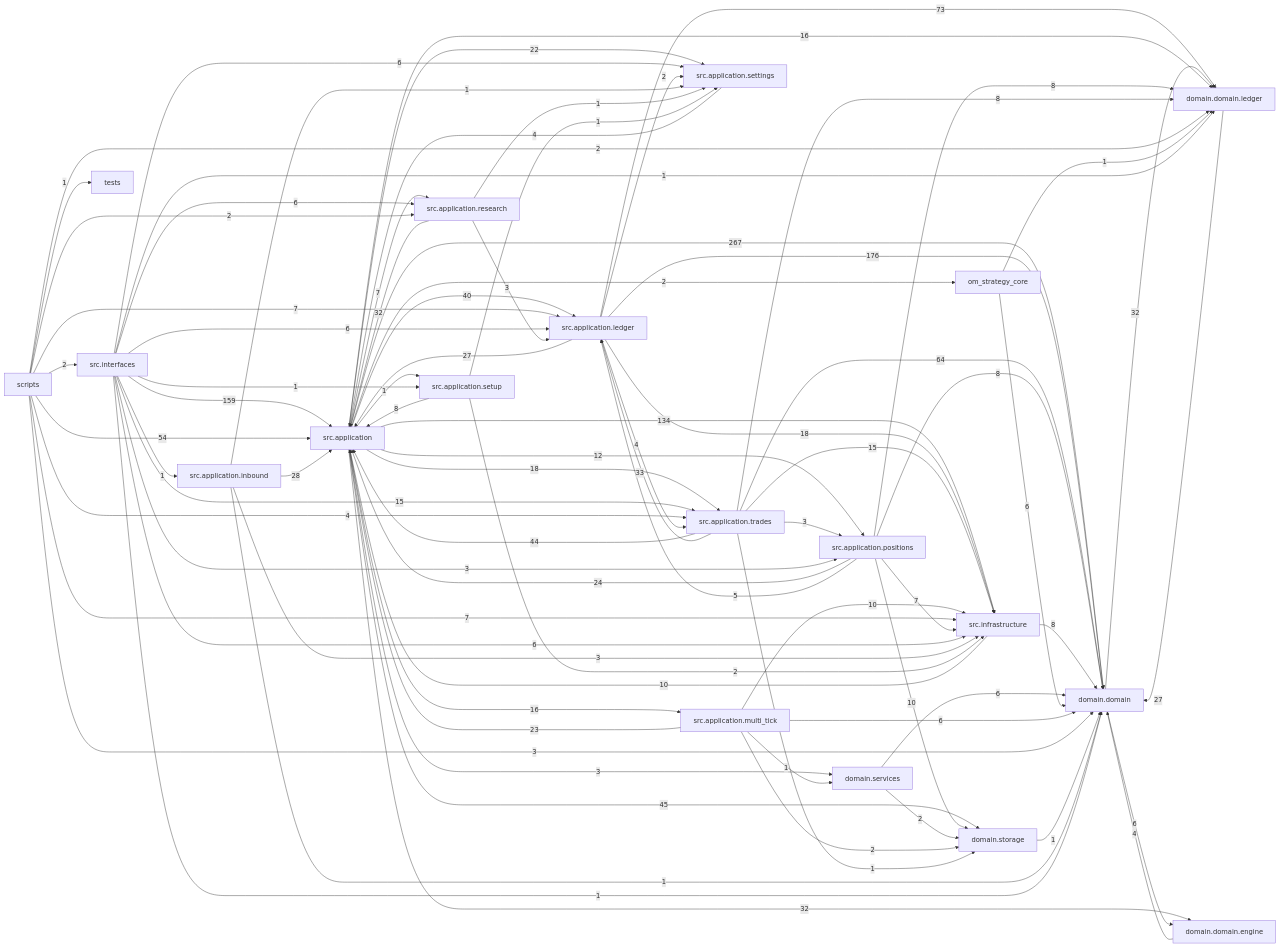
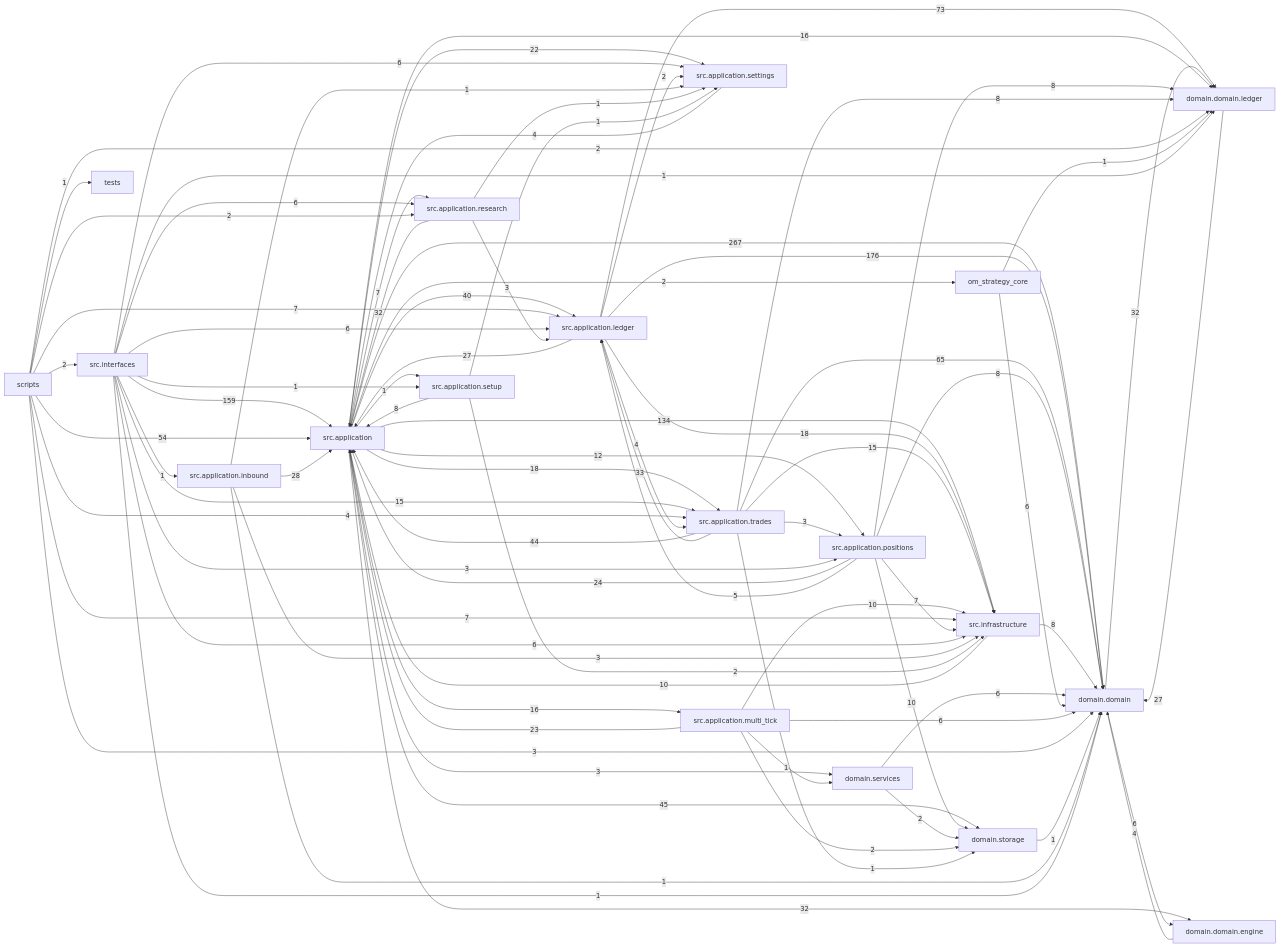
One commit to liuxie066/options-monitor changed the diagram in docs/dependency_graph.mmd. Above: the diagram before and after it, drawn with Mermaid. The commit also changed 10 other files, not shown here.

```diff
--- a/docs/dependency_graph.mmd
+++ b/docs/dependency_graph.mmd
@@ -1,81 +1,81 @@
 flowchart LR
   src_application["src.application"] -->|267| domain_domain["domain.domain"]
   src_application_ledger["src.application.ledger"] -->|176| domain_domain["domain.domain"]
   src_interfaces["src.interfaces"] -->|159| src_application["src.application"]
   src_application["src.application"] -->|134| src_infrastructure["src.infrastructure"]
   src_application_ledger["src.application.ledger"] -->|73| domain_domain_ledger["domain.domain.ledger"]
-  src_application_trades["src.application.trades"] -->|64| domain_domain["domain.domain"]
+  src_application_trades["src.application.trades"] -->|65| domain_domain["domain.domain"]
   scripts["scripts"] -->|54| src_application["src.application"]
   src_application["src.application"] -->|45| domain_storage["domain.storage"]
   src_application_trades["src.application.trades"] -->|44| src_application["src.application"]
   src_application["src.application"] -->|40| src_application_ledger["src.application.ledger"]
   src_application_trades["src.application.trades"] -->|33| src_application_ledger["src.application.ledger"]
   domain_domain["domain.domain"] -->|32| domain_domain_ledger["domain.domain.ledger"]
   src_application["src.application"] -->|32| domain_domain_engine["domain.domain.engine"]
   src_application_research["src.application.research"] -->|32| src_application["src.application"]
   src_application_inbound["src.application.inbound"] -->|28| src_application["src.application"]
   domain_domain_ledger["domain.domain.ledger"] -->|27| domain_domain["domain.domain"]
   src_application_ledger["src.application.ledger"] -->|27| src_application["src.application"]
   src_application_positions["src.application.positions"] -->|24| src_application["src.application"]
   src_application_multi_tick["src.application.multi_tick"] -->|23| src_application["src.application"]
   src_application["src.application"] -->|22| src_application_settings["src.application.settings"]
   src_application["src.application"] -->|18| src_application_trades["src.application.trades"]
   src_application_ledger["src.application.ledger"] -->|18| src_infrastructure["src.infrastructure"]
   src_application["src.application"] -->|16| domain_domain_ledger["domain.domain.ledger"]
   src_application["src.application"] -->|16| src_application_multi_tick["src.application.multi_tick"]
   src_application_trades["src.application.trades"] -->|15| src_infrastructure["src.infrastructure"]
   src_interfaces["src.interfaces"] -->|15| src_application_trades["src.application.trades"]
   src_application["src.application"] -->|12| src_application_positions["src.application.positions"]
   src_application_multi_tick["src.application.multi_tick"] -->|10| src_infrastructure["src.infrastructure"]
   src_application_positions["src.application.positions"] -->|10| domain_storage["domain.storage"]
   src_infrastructure["src.infrastructure"] -->|10| src_application["src.application"]
   src_application_positions["src.application.positions"] -->|8| domain_domain["domain.domain"]
   src_application_positions["src.application.positions"] -->|8| domain_domain_ledger["domain.domain.ledger"]
   src_application_setup["src.application.setup"] -->|8| src_application["src.application"]
   src_application_trades["src.application.trades"] -->|8| domain_domain_ledger["domain.domain.ledger"]
   src_infrastructure["src.infrastructure"] -->|8| domain_domain["domain.domain"]
   scripts["scripts"] -->|7| src_application_ledger["src.application.ledger"]
   scripts["scripts"] -->|7| src_infrastructure["src.infrastructure"]
   src_application["src.application"] -->|7| src_application_research["src.application.research"]
   src_application_positions["src.application.positions"] -->|7| src_infrastructure["src.infrastructure"]
   domain_domain["domain.domain"] -->|6| domain_domain_engine["domain.domain.engine"]
   domain_services["domain.services"] -->|6| domain_domain["domain.domain"]
   om_strategy_core["om_strategy_core"] -->|6| domain_domain["domain.domain"]
   src_application_multi_tick["src.application.multi_tick"] -->|6| domain_domain["domain.domain"]
   src_interfaces["src.interfaces"] -->|6| src_application_ledger["src.application.ledger"]
   src_interfaces["src.interfaces"] -->|6| src_application_research["src.application.research"]
   src_interfaces["src.interfaces"] -->|6| src_application_settings["src.application.settings"]
   src_interfaces["src.interfaces"] -->|6| src_infrastructure["src.infrastructure"]
   src_application_positions["src.application.positions"] -->|5| src_application_ledger["src.application.ledger"]
   domain_domain_engine["domain.domain.engine"] -->|4| domain_domain["domain.domain"]
   scripts["scripts"] -->|4| src_application_trades["src.application.trades"]
   src_application_ledger["src.application.ledger"] -->|4| src_application_trades["src.application.trades"]
   src_application_settings["src.application.settings"] -->|4| src_application["src.application"]
   scripts["scripts"] -->|3| domain_domain["domain.domain"]
   src_application["src.application"] -->|3| domain_services["domain.services"]
   src_application_inbound["src.application.inbound"] -->|3| src_infrastructure["src.infrastructure"]
   src_application_research["src.application.research"] -->|3| src_application_ledger["src.application.ledger"]
   src_application_trades["src.application.trades"] -->|3| src_application_positions["src.application.positions"]
   src_interfaces["src.interfaces"] -->|3| src_application_positions["src.application.positions"]
   domain_services["domain.services"] -->|2| domain_storage["domain.storage"]
   scripts["scripts"] -->|2| domain_domain_ledger["domain.domain.ledger"]
   scripts["scripts"] -->|2| src_application_research["src.application.research"]
   scripts["scripts"] -->|2| src_interfaces["src.interfaces"]
   src_application["src.application"] -->|2| om_strategy_core["om_strategy_core"]
   src_application_ledger["src.application.ledger"] -->|2| src_application_settings["src.application.settings"]
   src_application_multi_tick["src.application.multi_tick"] -->|2| domain_storage["domain.storage"]
   src_application_setup["src.application.setup"] -->|2| src_infrastructure["src.infrastructure"]
   domain_storage["domain.storage"] -->|1| domain_domain["domain.domain"]
   om_strategy_core["om_strategy_core"] -->|1| domain_domain_ledger["domain.domain.ledger"]
   scripts["scripts"] -->|1| tests["tests"]
   src_application["src.application"] -->|1| src_application_setup["src.application.setup"]
   src_application_inbound["src.application.inbound"] -->|1| domain_domain["domain.domain"]
   src_application_inbound["src.application.inbound"] -->|1| src_application_settings["src.application.settings"]
   src_application_multi_tick["src.application.multi_tick"] -->|1| domain_services["domain.services"]
   src_application_research["src.application.research"] -->|1| src_application_settings["src.application.settings"]
   src_application_setup["src.application.setup"] -->|1| src_application_settings["src.application.settings"]
   src_application_trades["src.application.trades"] -->|1| domain_storage["domain.storage"]
   src_interfaces["src.interfaces"] -->|1| domain_domain["domain.domain"]
   src_interfaces["src.interfaces"] -->|1| domain_domain_ledger["domain.domain.ledger"]
   src_interfaces["src.interfaces"] -->|1| src_application_inbound["src.application.inbound"]
   src_interfaces["src.interfaces"] -->|1| src_application_setup["src.application.setup"]
```
